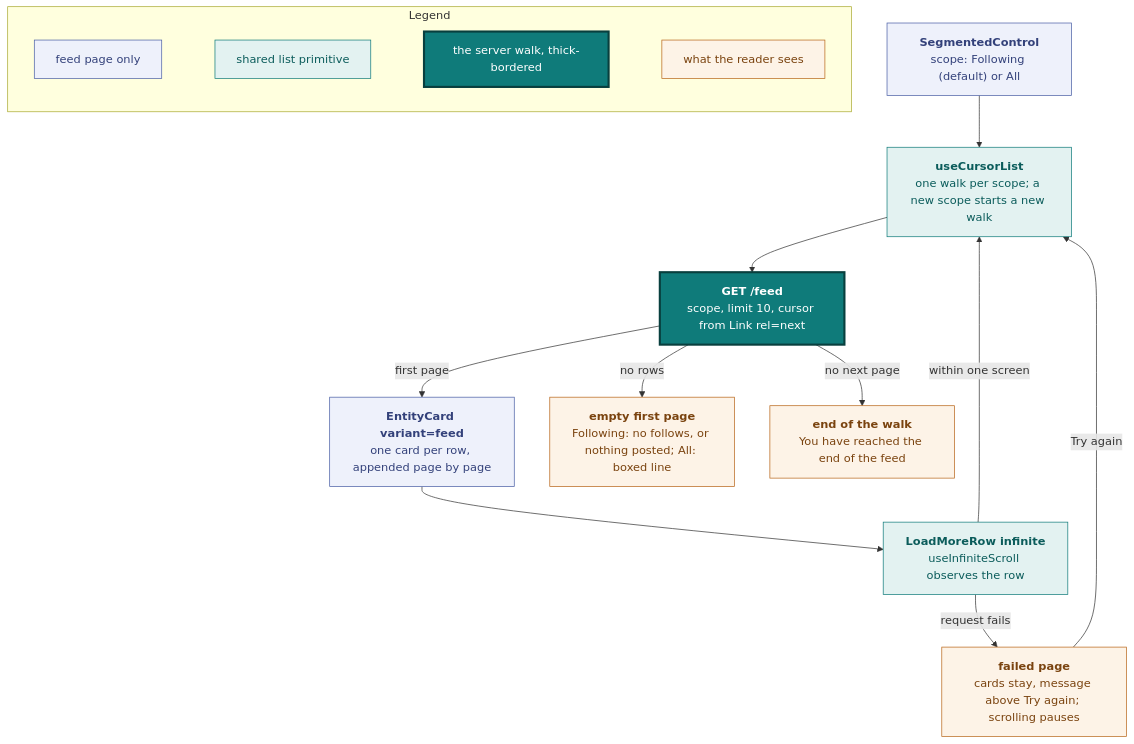
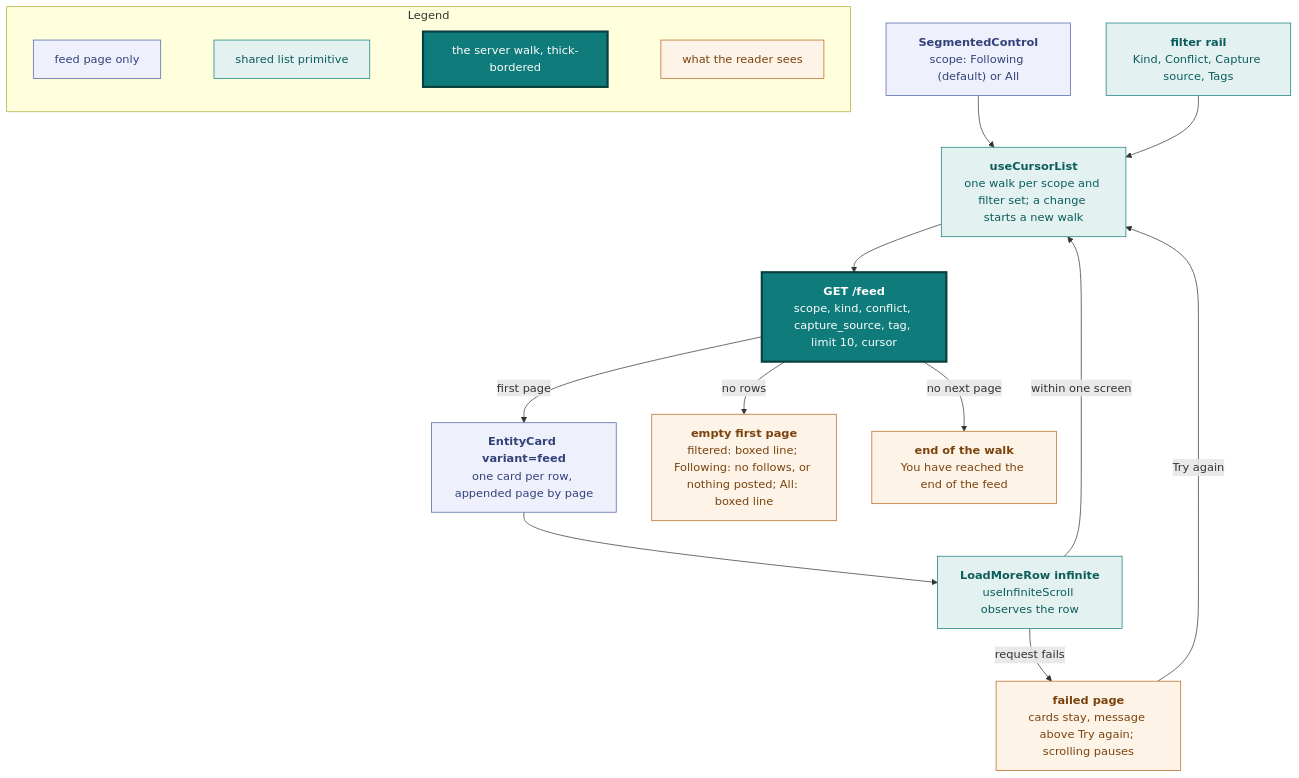
One commit to vidithq/vidit changed the sixth of 9 diagrams in docs/design.md. Above: the diagram before and after it, drawn with Mermaid. The commit also changed other lines of this file and 26 other files, not shown here.

First line of the commit message:
feat: move the filter panel into a right rail and filter the feed (#588)

````diff
--- a/docs/design.md
+++ b/docs/design.md
@@ -531,43 +589,46 @@
 ```mermaid
 flowchart TB
   classDef page fill:#eef1fb,stroke:#4a5fa5,color:#33417a
   classDef shared fill:#e3f2f1,stroke:#0f7b7a,color:#0b5c5b
   classDef core fill:#0f7b7a,stroke:#083f3e,stroke-width:3px,color:#ffffff
   classDef state fill:#fdf3e7,stroke:#b8661a,color:#7a430f
 
   subgraph legend [Legend]
     direction LR
     l1["`feed page only`"]:::page
     l2["`shared list primitive`"]:::shared
     l3["`the server walk, thick-bordered`"]:::core
     l4["`what the reader sees`"]:::state
     l1 ~~~ l2 ~~~ l3 ~~~ l4
   end
 
   toggle["`**SegmentedControl**
   scope: Following (default) or All`"]:::page
+  filters["`**filter rail**
+  Kind, Conflict, Capture source, Tags`"]:::shared
   walk["`**useCursorList**
-  one walk per scope; a new scope starts a new walk`"]:::shared
+  one walk per scope and filter set; a change starts a new walk`"]:::shared
   api["`**GET /feed**
-  scope, limit 10, cursor from Link rel=next`"]:::core
+  scope, kind, conflict, capture_source, tag, limit 10, cursor`"]:::core
   cards["`**EntityCard variant=feed**
   one card per row, appended page by page`"]:::page
   row["`**LoadMoreRow infinite**
   useInfiniteScroll observes the row`"]:::shared
 
   empty["`**empty first page**
-  Following: no follows, or nothing posted; All: boxed line`"]:::state
+  filtered: boxed line; Following: no follows, or nothing posted; All: boxed line`"]:::state
   failed["`**failed page**
   cards stay, message above Try again; scrolling pauses`"]:::state
   done["`**end of the walk**
   You have reached the end of the feed`"]:::state
 
   toggle --> walk --> api
+  filters --> walk
   api -->|first page| cards
   api -->|no rows| empty
   cards --> row
   row -->|within one screen| walk
   row -->|request fails| failed
   failed -->|Try again| walk
   api -->|no next page| done
 ```
````
